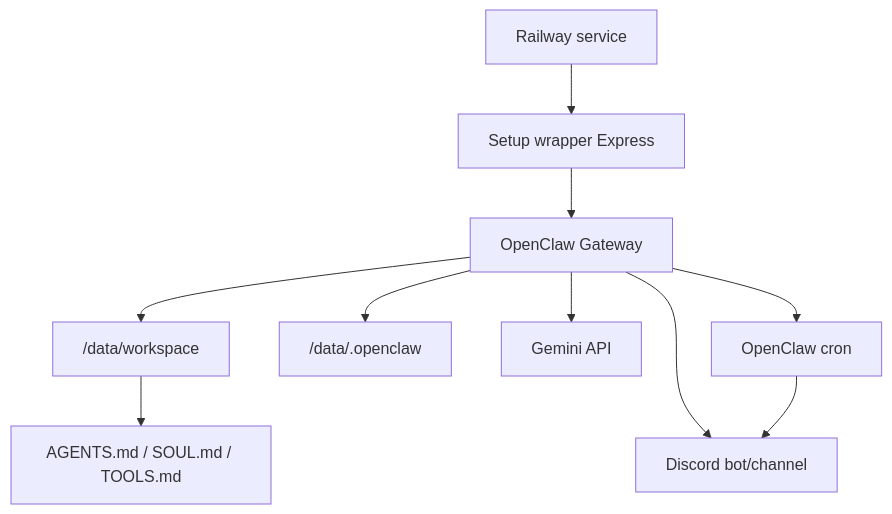
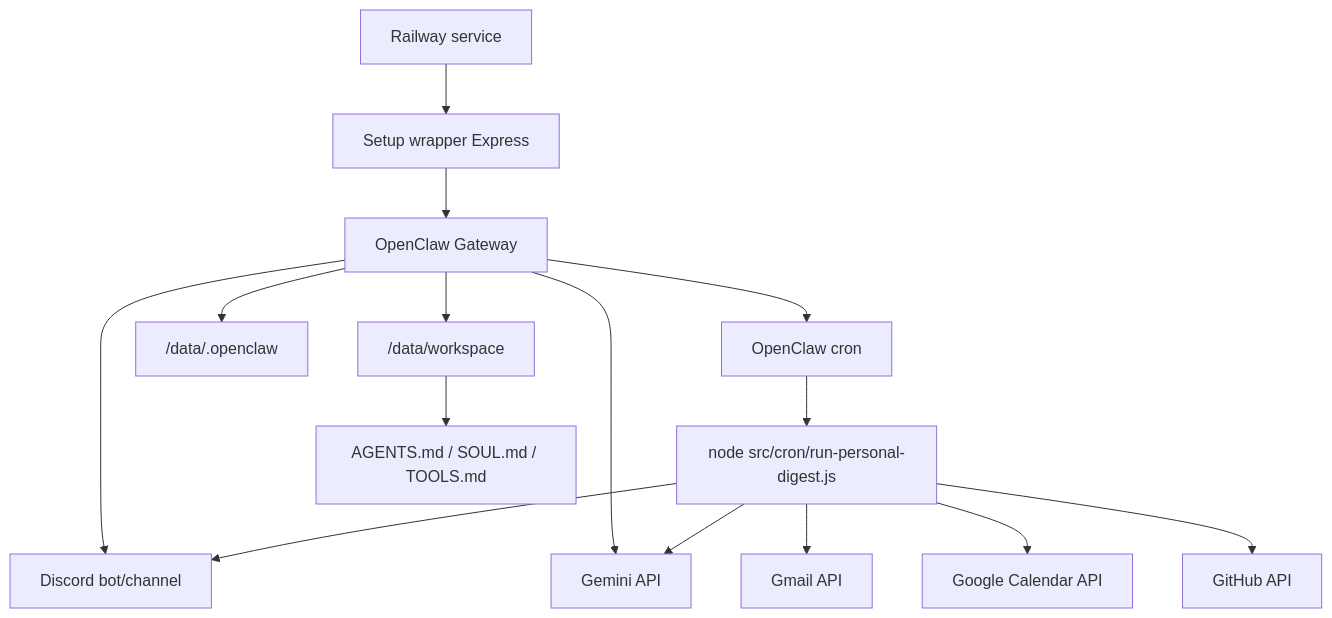
The diagram in docs/ARCHITECTURE.md (MatiasJRB/lobot), drawn with Mermaid before and after one commit. The commit also changed other lines of this file and 18 other files, not shown here.

````diff
--- a/docs/ARCHITECTURE.md
+++ b/docs/ARCHITECTURE.md
@@ -18,12 +18,17 @@
 ```mermaid
 flowchart TD
   Railway["Railway service"] --> Wrapper["Setup wrapper Express"]
   Wrapper --> Gateway["OpenClaw Gateway"]
   Gateway --> Workspace["/data/workspace"]
   Gateway --> State["/data/.openclaw"]
   Gateway --> Discord["Discord bot/channel"]
   Gateway --> Gemini["Gemini API"]
   Gateway --> Cron["OpenClaw cron"]
-  Cron --> Discord
+  Cron --> CommandDigest["node src/cron/run-personal-digest.js"]
+  CommandDigest --> Gmail["Gmail API"]
+  CommandDigest --> Calendar["Google Calendar API"]
+  CommandDigest --> GitHub["GitHub API"]
+  CommandDigest --> Gemini
+  CommandDigest --> Discord
   Workspace --> Instructions["AGENTS.md / SOUL.md / TOOLS.md"]
 ```
````
